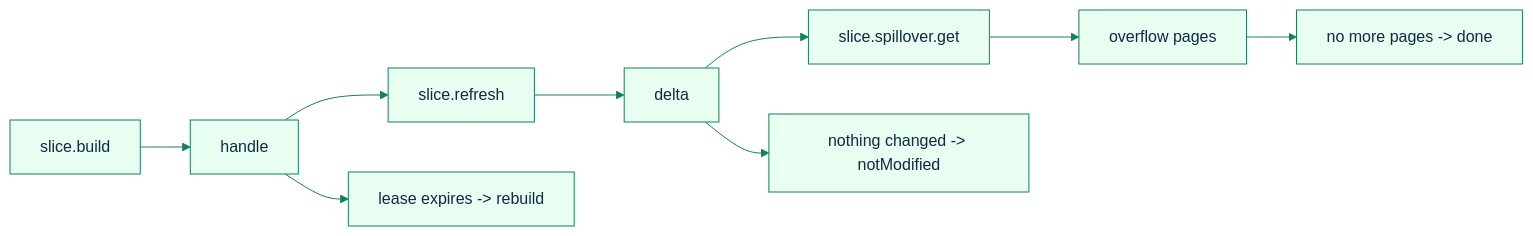
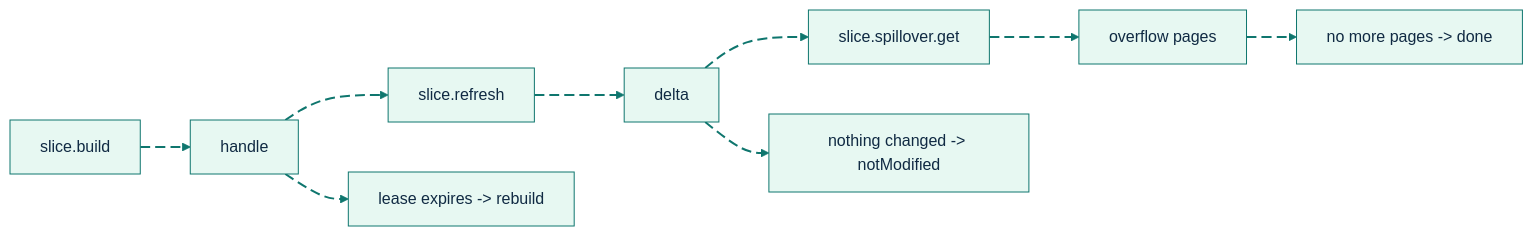
One commit to GlitterKill/sdl-mcp changed the second of 3 diagrams in docs/feature-deep-dives/graph-slicing.md. Above: the diagram before and after it, drawn with Mermaid. The commit also changed other lines of this file and 33 other files, not shown here.

First line of the commit message:
docs: update mermaid diagram themes and styling across documentation

````diff
--- a/docs/feature-deep-dives/graph-slicing.md
+++ b/docs/feature-deep-dives/graph-slicing.md
@@ -59,8 +72,21 @@
 ```mermaid
-%%{init: {"theme":"base","themeVariables":{"primaryColor":"#e8fff1","primaryBorderColor":"#157f5b","primaryTextColor":"#102a43","secondaryColor":"#eef6ff","secondaryBorderColor":"#2563eb","tertiaryColor":"#fff4d6","tertiaryBorderColor":"#b45309","lineColor":"#157f5b","fontFamily":"Trebuchet MS, Arial"},"flowchart":{"curve":"basis"}}}%%
+%%{init: {"theme":"base","themeVariables":{"background":"#ffffff","primaryColor":"#E7F8F2","primaryBorderColor":"#0F766E","primaryTextColor":"#102A43","secondaryColor":"#E8F1FF","secondaryBorderColor":"#2563EB","secondaryTextColor":"#102A43","tertiaryColor":"#FFF4D6","tertiaryBorderColor":"#B45309","tertiaryTextColor":"#102A43","lineColor":"#0F766E","textColor":"#102A43","fontFamily":"Inter, ui-sans-serif, system-ui, -apple-system, BlinkMacSystemFont, Segoe UI, sans-serif"},"flowchart":{"curve":"basis","htmlLabels":true}}}%%
 flowchart LR
-    Build["slice.build"] --> Handle["handle"] --> Refresh["slice.refresh"] --> Delta["delta"] --> Spillover["slice.spillover.get"] --> Overflow["overflow pages"]
-    Handle --> Rebuild["lease expires -> rebuild"]
-    Delta --> NotModified["nothing changed -> notModified"]
-    Overflow --> Done["no more pages -> done"]
+    Build["slice.build"] e1@--> Handle["handle"]
+    Handle e5@--> Refresh["slice.refresh"]
+    Refresh e6@--> Delta["delta"]
+    Delta e7@--> Spillover["slice.spillover.get"]
+    Spillover e8@--> Overflow["overflow pages"]
+    Handle e2@--> Rebuild["lease expires -> rebuild"]
+    Delta e3@--> NotModified["nothing changed -> notModified"]
+    Overflow e4@--> Done["no more pages -> done"]
+
+    classDef source fill:#E7F8F2,stroke:#0F766E,stroke-width:2px,color:#102A43;
+    classDef process fill:#E8F1FF,stroke:#2563EB,stroke-width:2px,color:#102A43;
+    classDef decision fill:#FFF4D6,stroke:#B45309,stroke-width:2px,color:#102A43;
+    classDef storage fill:#F2E8FF,stroke:#7C3AED,stroke-width:2px,color:#102A43;
+    classDef output fill:#FFE8EF,stroke:#BE123C,stroke-width:2px,color:#102A43;
+    classDef muted fill:#F8FAFC,stroke:#64748B,stroke-width:1px,color:#102A43;
+    classDef animate stroke:#0F766E,stroke-width:2px,stroke-dasharray:10\,5,stroke-dashoffset:900,animation:dash 22s linear infinite;
+    class e1,e2,e3,e4,e5,e6,e7,e8 animate;
 ```
````
